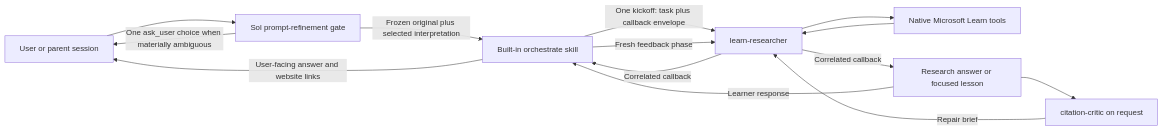
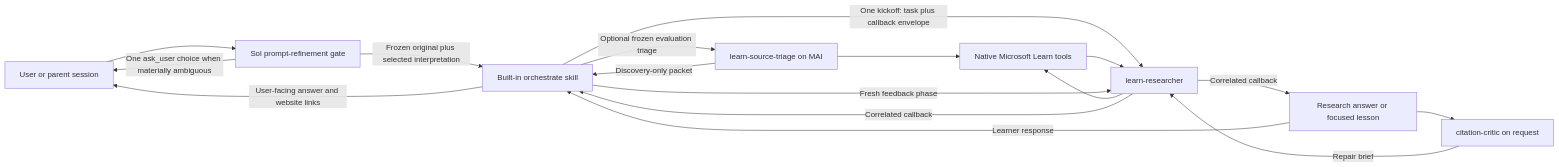
The diagram in docs/architecture.md (msucharda/azure-learn-copilot-app), drawn with Mermaid before and after one commit. The commit also changed other lines of this file and 8 other files, not shown here.

Commit message:
Add evaluation-only MAI source triage

````diff
--- a/docs/architecture.md
+++ b/docs/architecture.md
@@ -7,16 +7,19 @@
 ```mermaid
 flowchart LR
     U[User or parent session] --> P[Sol prompt-refinement gate]
     P -->|One ask_user choice when materially ambiguous| U
     P -->|Frozen original plus selected interpretation| O[Built-in orchestrate skill]
+    O -->|Optional frozen evaluation triage| T[learn-source-triage on MAI]
+    T --> L[Native Microsoft Learn tools]
+    T -->|Discovery-only packet| O
     O -->|One kickoff: task plus callback envelope| R[learn-researcher]
-    R --> L[Native Microsoft Learn tools]
+    R --> L
     L --> R
     R -->|Correlated callback| A[Research answer or focused lesson]
     A --> C[citation-critic on request]
     C -->|Repair brief| R
     A -->|Learner response| O
     O -->|Fresh feedback phase| R
     R -->|Correlated callback| O
     O -->|User-facing answer and website links| U
 ```
````
